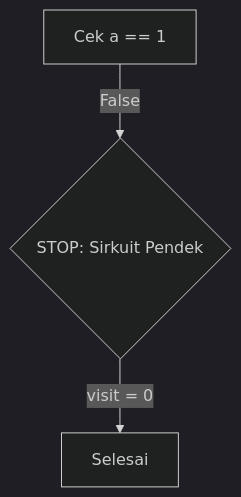
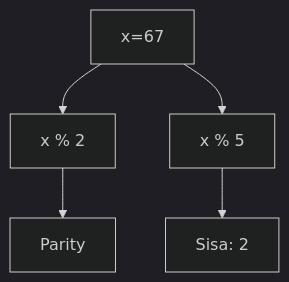
Before and after one commit to amnahwaida/OSNK_INF_PREP: diagram 16 of 25 in part-c-pemahaman-cpp/02-percabangan/latihan/set-09.md, drawn with Mermaid (dark theme). The commit also changed other lines of this file and 71 other files, not shown here.

````diff
--- a/part-c-pemahaman-cpp/02-percabangan/latihan/set-09.md
+++ b/part-c-pemahaman-cpp/02-percabangan/latihan/set-09.md
@@ -510,5 +476,7 @@
 ```mermaid
 graph TD
-    A[Cek a == 1] -->|"False"| B{"STOP: Sirkuit Pendek"}
-    B -->|"visit = 0"| C[Selesai]
+A[x=67] --> B[x % 2]
+B --> C[Parity]
+A --> D[x % 5]
+D --> E[Sisa: 2]
 ```
````
